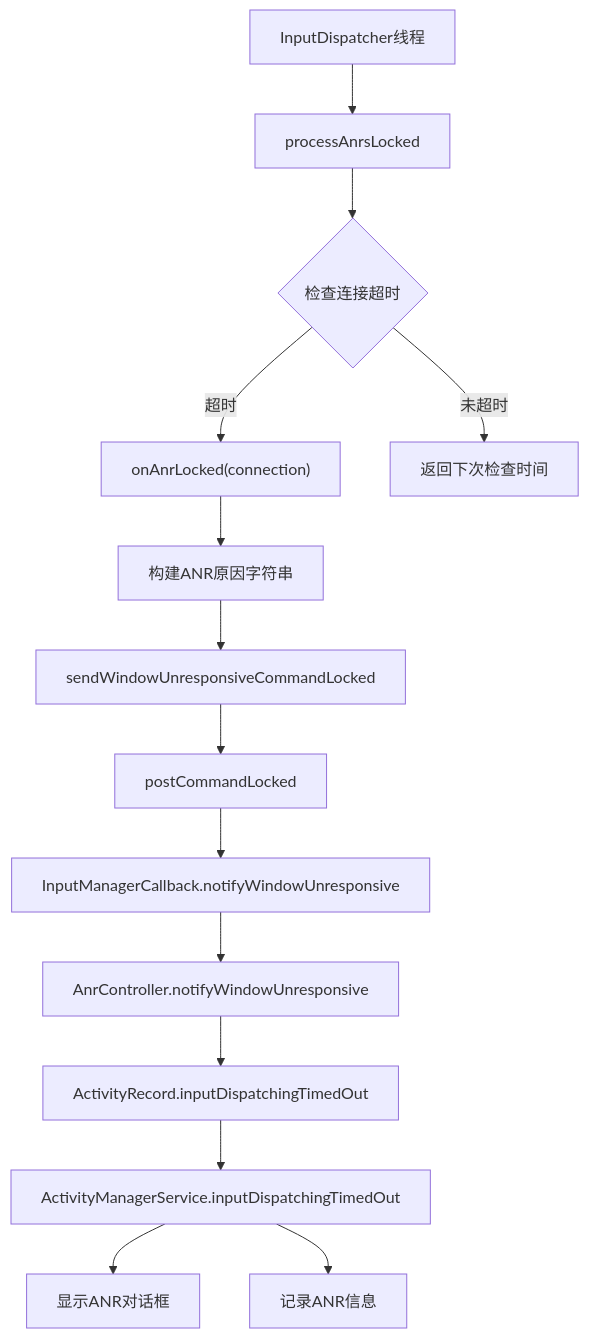
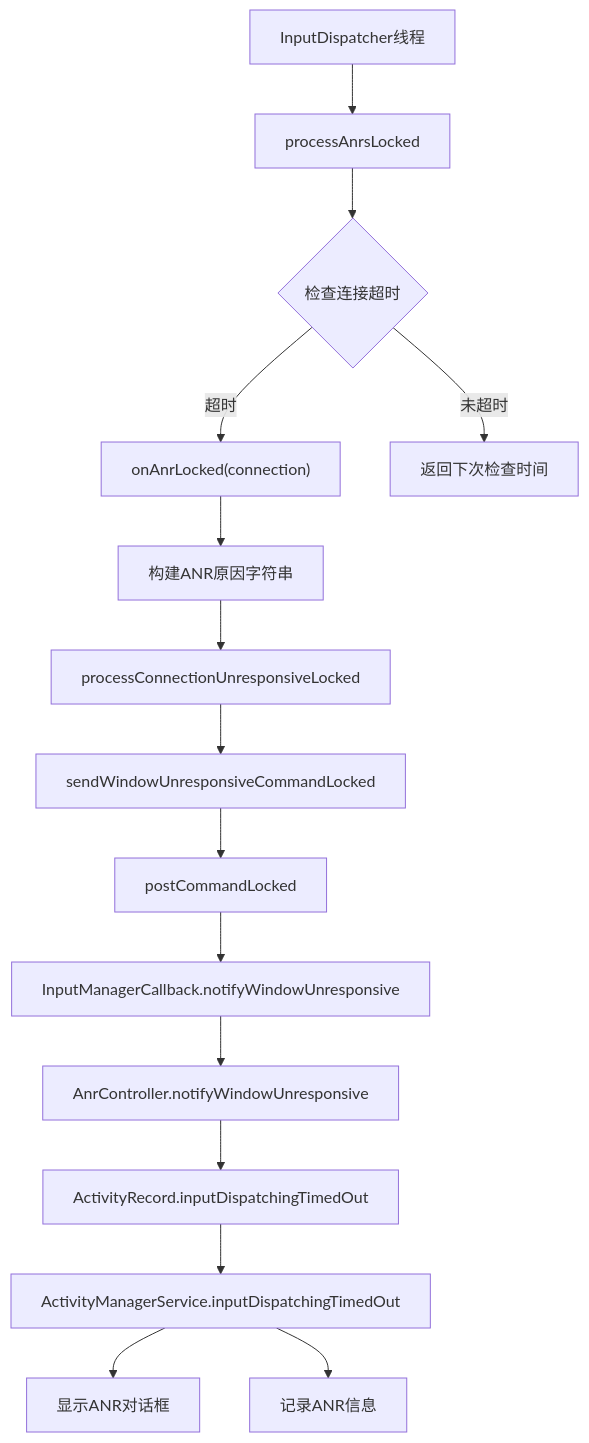
One commit to yuchuangu85/AOSP_Frameworks changed the first of 2 diagrams in docs/ANRAnalysis.md. Above: the diagram before and after it, drawn with Mermaid. The commit also changed other lines of this file and 11 other files, not shown here.

````diff
--- a/docs/ANRAnalysis.md
+++ b/docs/ANRAnalysis.md
@@ -19,16 +19,17 @@
 ```mermaid
 graph TB
     A[InputDispatcher线程] --> B[processAnrsLocked]
     B --> C{检查连接超时}
     C -->|超时| D["onAnrLocked(connection)"]
     C -->|未超时| E[返回下次检查时间]
     D --> F[构建ANR原因字符串]
-    F --> G[sendWindowUnresponsiveCommandLocked]
-    G --> H[postCommandLocked]
-    H --> I[InputManagerCallback.notifyWindowUnresponsive]
-    I --> J[AnrController.notifyWindowUnresponsive]
-    J --> K[ActivityRecord.inputDispatchingTimedOut]
-    K --> L[ActivityManagerService.inputDispatchingTimedOut]
-    L --> M[显示ANR对话框]
-    L --> N[记录ANR信息]
+    F --> G[processConnectionUnresponsiveLocked]
+    G --> H[sendWindowUnresponsiveCommandLocked]
+    H --> I[postCommandLocked]
+    I --> J[InputManagerCallback.notifyWindowUnresponsive]
+    J --> K[AnrController.notifyWindowUnresponsive]
+    K --> L[ActivityRecord.inputDispatchingTimedOut]
+    L --> M[ActivityManagerService.inputDispatchingTimedOut]
+    M --> N[显示ANR对话框]
+    M --> O[记录ANR信息]
 ```
````
